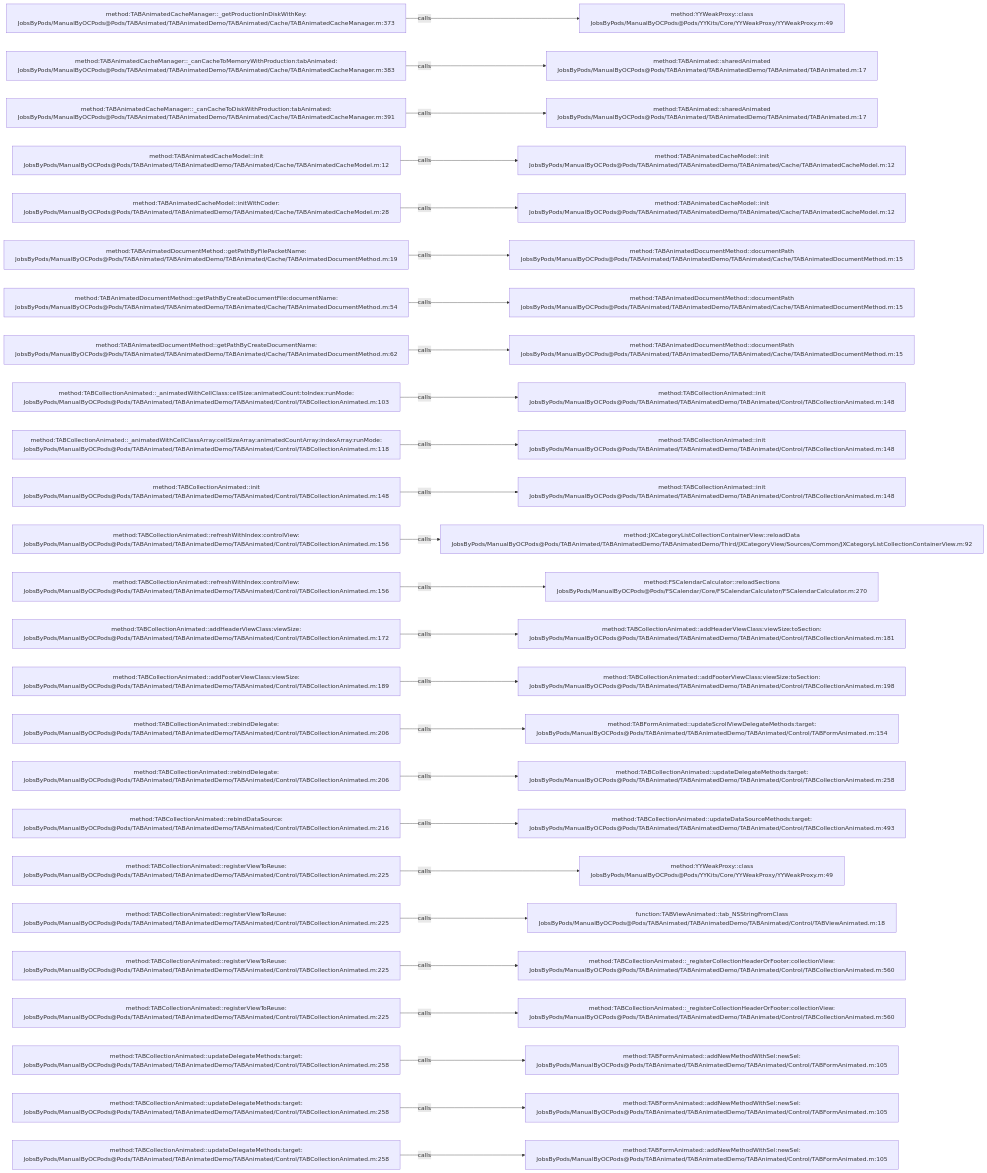
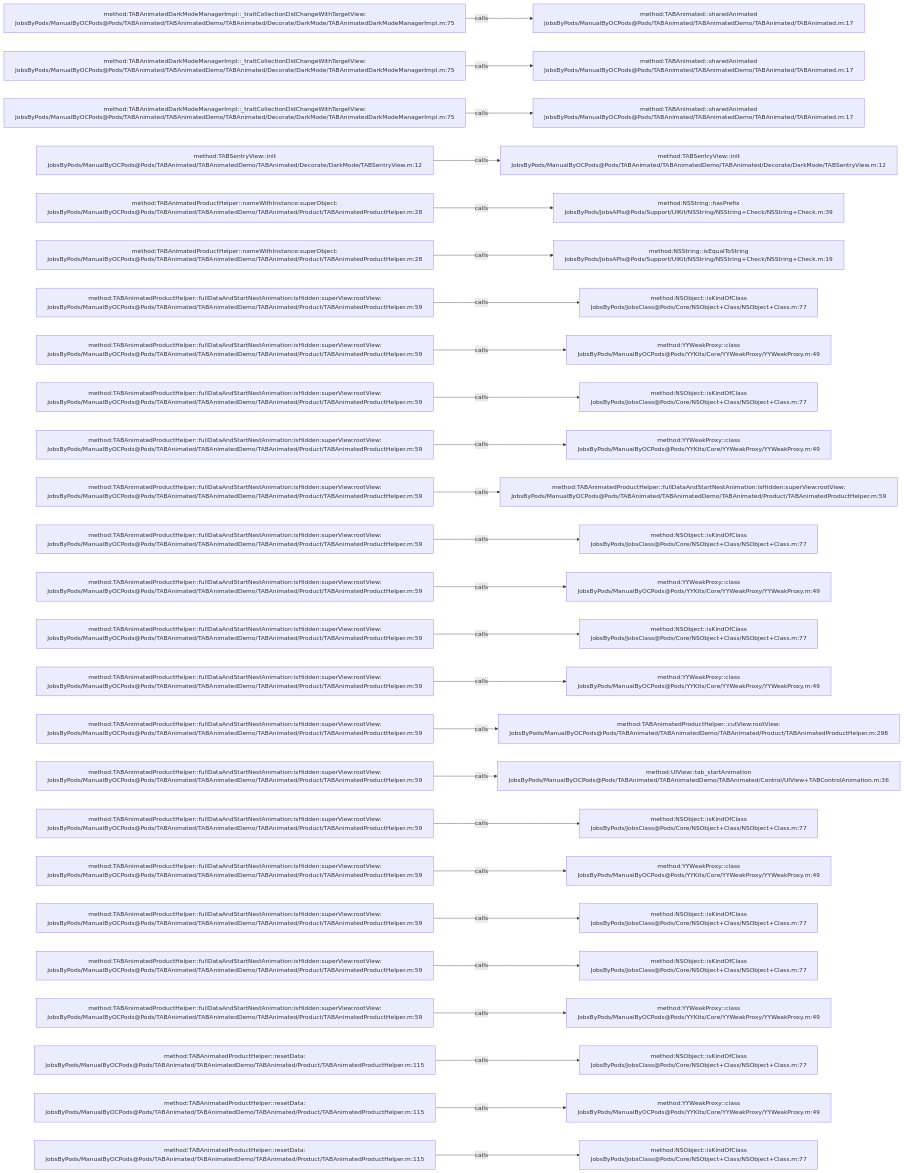
The diagram in .codegraph/codegraph.md/graphs/calls-196.md (JobsKits/JobsOCBaseConfigDemo), drawn with Mermaid before and after one commit. The commit also changed 639 other files, not shown here.

````diff
--- a/.codegraph/codegraph.md/graphs/calls-196.md
+++ b/.codegraph/codegraph.md/graphs/calls-196.md
@@ -13,78 +13,78 @@
 ```mermaid
 flowchart LR
-  S1["method:TABAnimatedCacheManager::_getProductionInDiskWithKey:<br/>JobsByPods/ManualByOCPods@Pods/TABAnimated/TABAnimatedDemo/TABAnimated/Cache/TABAnimatedCacheManager.m:373"]
-  T1["method:YYWeakProxy::class<br/>JobsByPods/ManualByOCPods@Pods/YYKits/Core/YYWeakProxy/YYWeakProxy.m:49"]
+  S1["method:TABAnimatedDarkModeManagerImpl::_traitCollectionDidChangeWithTargetView:<br/>JobsByPods/ManualByOCPods@Pods/TABAnimated/TABAnimatedDemo/TABAnimated/Decorate/DarkMode/TABAnimatedDarkModeManagerImpl.m:75"]
+  T1["method:TABAnimated::sharedAnimated<br/>JobsByPods/ManualByOCPods@Pods/TABAnimated/TABAnimatedDemo/TABAnimated/TABAnimated.m:17"]
   S1 -->|calls| T1
-  S2["method:TABAnimatedCacheManager::_canCacheToMemoryWithProduction:tabAnimated:<br/>JobsByPods/ManualByOCPods@Pods/TABAnimated/TABAnimatedDemo/TABAnimated/Cache/TABAnimatedCacheManager.m:383"]
+  S2["method:TABAnimatedDarkModeManagerImpl::_traitCollectionDidChangeWithTargetView:<br/>JobsByPods/ManualByOCPods@Pods/TABAnimated/TABAnimatedDemo/TABAnimated/Decorate/DarkMode/TABAnimatedDarkModeManagerImpl.m:75"]
   T2["method:TABAnimated::sharedAnimated<br/>JobsByPods/ManualByOCPods@Pods/TABAnimated/TABAnimatedDemo/TABAnimated/TABAnimated.m:17"]
   S2 -->|calls| T2
-  S3["method:TABAnimatedCacheManager::_canCacheToDiskWithProduction:tabAnimated:<br/>JobsByPods/ManualByOCPods@Pods/TABAnimated/TABAnimatedDemo/TABAnimated/Cache/TABAnimatedCacheManager.m:391"]
+  S3["method:TABAnimatedDarkModeManagerImpl::_traitCollectionDidChangeWithTargetView:<br/>JobsByPods/ManualByOCPods@Pods/TABAnimated/TABAnimatedDemo/TABAnimated/Decorate/DarkMode/TABAnimatedDarkModeManagerImpl.m:75"]
   T3["method:TABAnimated::sharedAnimated<br/>JobsByPods/ManualByOCPods@Pods/TABAnimated/TABAnimatedDemo/TABAnimated/TABAnimated.m:17"]
   S3 -->|calls| T3
-  S4["method:TABAnimatedCacheModel::init<br/>JobsByPods/ManualByOCPods@Pods/TABAnimated/TABAnimatedDemo/TABAnimated/Cache/TABAnimatedCacheModel.m:12"]
-  T4["method:TABAnimatedCacheModel::init<br/>JobsByPods/ManualByOCPods@Pods/TABAnimated/TABAnimatedDemo/TABAnimated/Cache/TABAnimatedCacheModel.m:12"]
+  S4["method:TABSentryView::init<br/>JobsByPods/ManualByOCPods@Pods/TABAnimated/TABAnimatedDemo/TABAnimated/Decorate/DarkMode/TABSentryView.m:12"]
+  T4["method:TABSentryView::init<br/>JobsByPods/ManualByOCPods@Pods/TABAnimated/TABAnimatedDemo/TABAnimated/Decorate/DarkMode/TABSentryView.m:12"]
   S4 -->|calls| T4
-  S5["method:TABAnimatedCacheModel::initWithCoder:<br/>JobsByPods/ManualByOCPods@Pods/TABAnimated/TABAnimatedDemo/TABAnimated/Cache/TABAnimatedCacheModel.m:28"]
-  T5["method:TABAnimatedCacheModel::init<br/>JobsByPods/ManualByOCPods@Pods/TABAnimated/TABAnimatedDemo/TABAnimated/Cache/TABAnimatedCacheModel.m:12"]
+  S5["method:TABAnimatedProductHelper::nameWithInstance:superObject:<br/>JobsByPods/ManualByOCPods@Pods/TABAnimated/TABAnimatedDemo/TABAnimated/Product/TABAnimatedProductHelper.m:28"]
+  T5["method:NSString::hasPrefix<br/>JobsByPods/JobsAPIs@Pods/Support/UIKit/NSString/NSString+Check/NSString+Check.m:39"]
   S5 -->|calls| T5
-  S6["method:TABAnimatedDocumentMethod::getPathByFilePacketName:<br/>JobsByPods/ManualByOCPods@Pods/TABAnimated/TABAnimatedDemo/TABAnimated/Cache/TABAnimatedDocumentMethod.m:19"]
-  T6["method:TABAnimatedDocumentMethod::documentPath<br/>JobsByPods/ManualByOCPods@Pods/TABAnimated/TABAnimatedDemo/TABAnimated/Cache/TABAnimatedDocumentMethod.m:15"]
+  S6["method:TABAnimatedProductHelper::nameWithInstance:superObject:<br/>JobsByPods/ManualByOCPods@Pods/TABAnimated/TABAnimatedDemo/TABAnimated/Product/TABAnimatedProductHelper.m:28"]
+  T6["method:NSString::isEqualToString<br/>JobsByPods/JobsAPIs@Pods/Support/UIKit/NSString/NSString+Check/NSString+Check.m:19"]
   S6 -->|calls| T6
-  S7["method:TABAnimatedDocumentMethod::getPathByCreateDocumentFile:documentName:<br/>JobsByPods/ManualByOCPods@Pods/TABAnimated/TABAnimatedDemo/TABAnimated/Cache/TABAnimatedDocumentMethod.m:54"]
-  T7["method:TABAnimatedDocumentMethod::documentPath<br/>JobsByPods/ManualByOCPods@Pods/TABAnimated/TABAnimatedDemo/TABAnimated/Cache/TABAnimatedDocumentMethod.m:15"]
+  S7["method:TABAnimatedProductHelper::fullDataAndStartNestAnimation:isHidden:superView:rootView:<br/>JobsByPods/ManualByOCPods@Pods/TABAnimated/TABAnimatedDemo/TABAnimated/Product/TABAnimatedProductHelper.m:59"]
+  T7["method:NSObject::isKindOfClass<br/>JobsByPods/JobsClass@Pods/Core/NSObject+Class/NSObject+Class.m:77"]
   S7 -->|calls| T7
-  S8["method:TABAnimatedDocumentMethod::getPathByCreateDocumentName:<br/>JobsByPods/ManualByOCPods@Pods/TABAnimated/TABAnimatedDemo/TABAnimated/Cache/TABAnimatedDocumentMethod.m:62"]
-  T8["method:TABAnimatedDocumentMethod::documentPath<br/>JobsByPods/ManualByOCPods@Pods/TABAnimated/TABAnimatedDemo/TABAnimated/Cache/TABAnimatedDocumentMethod.m:15"]
+  S8["method:TABAnimatedProductHelper::fullDataAndStartNestAnimation:isHidden:superView:rootView:<br/>JobsByPods/ManualByOCPods@Pods/TABAnimated/TABAnimatedDemo/TABAnimated/Product/TABAnimatedProductHelper.m:59"]
+  T8["method:YYWeakProxy::class<br/>JobsByPods/ManualByOCPods@Pods/YYKits/Core/YYWeakProxy/YYWeakProxy.m:49"]
   S8 -->|calls| T8
-  S9["method:TABCollectionAnimated::_animatedWithCellClass:cellSize:animatedCount:toIndex:runMode:<br/>JobsByPods/ManualByOCPods@Pods/TABAnimated/TABAnimatedDemo/TABAnimated/Control/TABCollectionAnimated.m:103"]
-  T9["method:TABCollectionAnimated::init<br/>JobsByPods/ManualByOCPods@Pods/TABAnimated/TABAnimatedDemo/TABAnimated/Control/TABCollectionAnimated.m:148"]
+  S9["method:TABAnimatedProductHelper::fullDataAndStartNestAnimation:isHidden:superView:rootView:<br/>JobsByPods/ManualByOCPods@Pods/TABAnimated/TABAnimatedDemo/TABAnimated/Product/TABAnimatedProductHelper.m:59"]
+  T9["method:NSObject::isKindOfClass<br/>JobsByPods/JobsClass@Pods/Core/NSObject+Class/NSObject+Class.m:77"]
   S9 -->|calls| T9
-  S10["method:TABCollectionAnimated::_animatedWithCellClassArray:cellSizeArray:animatedCountArray:indexArray:runMode:<br/>JobsByPods/ManualByOCPods@Pods/TABAnimated/TABAnimatedDemo/TABAnimated/Control/TABCollectionAnimated.m:118"]
-  T10["method:TABCollectionAnimated::init<br/>JobsByPods/ManualByOCPods@Pods/TABAnimated/TABAnimatedDemo/TABAnimated/Control/TABCollectionAnimated.m:148"]
+  S10["method:TABAnimatedProductHelper::fullDataAndStartNestAnimation:isHidden:superView:rootView:<br/>JobsByPods/ManualByOCPods@Pods/TABAnimated/TABAnimatedDemo/TABAnimated/Product/TABAnimatedProductHelper.m:59"]
+  T10["method:YYWeakProxy::class<br/>JobsByPods/ManualByOCPods@Pods/YYKits/Core/YYWeakProxy/YYWeakProxy.m:49"]
   S10 -->|calls| T10
-  S11["method:TABCollectionAnimated::init<br/>JobsByPods/ManualByOCPods@Pods/TABAnimated/TABAnimatedDemo/TABAnimated/Control/TABCollectionAnimated.m:148"]
-  T11["method:TABCollectionAnimated::init<br/>JobsByPods/ManualByOCPods@Pods/TABAnimated/TABAnimatedDemo/TABAnimated/Control/TABCollectionAnimated.m:148"]
+  S11["method:TABAnimatedProductHelper::fullDataAndStartNestAnimation:isHidden:superView:rootView:<br/>JobsByPods/ManualByOCPods@Pods/TABAnimated/TABAnimatedDemo/TABAnimated/Product/TABAnimatedProductHelper.m:59"]
+  T11["method:TABAnimatedProductHelper::fullDataAndStartNestAnimation:isHidden:superView:rootView:<br/>JobsByPods/ManualByOCPods@Pods/TABAnimated/TABAnimatedDemo/TABAnimated/Product/TABAnimatedProductHelper.m:59"]
   S11 -->|calls| T11
-  S12["method:TABCollectionAnimated::refreshWithIndex:controlView:<br/>JobsByPods/ManualByOCPods@Pods/TABAnimated/TABAnimatedDemo/TABAnimated/Control/TABCollectionAnimated.m:156"]
-  T12["method:JXCategoryListCollectionContainerView::reloadData<br/>JobsByPods/ManualByOCPods@Pods/TABAnimated/TABAnimatedDemo/TABAnimatedDemo/Third/JXCategoryView/Sources/Common/JXCategoryListCollectionContainerView.m:92"]
+  S12["method:TABAnimatedProductHelper::fullDataAndStartNestAnimation:isHidden:superView:rootView:<br/>JobsByPods/ManualByOCPods@Pods/TABAnimated/TABAnimatedDemo/TABAnimated/Product/TABAnimatedProductHelper.m:59"]
+  T12["method:NSObject::isKindOfClass<br/>JobsByPods/JobsClass@Pods/Core/NSObject+Class/NSObject+Class.m:77"]
   S12 -->|calls| T12
-  S13["method:TABCollectionAnimated::refreshWithIndex:controlView:<br/>JobsByPods/ManualByOCPods@Pods/TABAnimated/TABAnimatedDemo/TABAnimated/Control/TABCollectionAnimated.m:156"]
-  T13["method:FSCalendarCalculator::reloadSections<br/>JobsByPods/ManualByOCPods@Pods/FSCalendar/Core/FSCalendarCalculator/FSCalendarCalculator.m:270"]
+  S13["method:TABAnimatedProductHelper::fullDataAndStartNestAnimation:isHidden:superView:rootView:<br/>JobsByPods/ManualByOCPods@Pods/TABAnimated/TABAnimatedDemo/TABAnimated/Product/TABAnimatedProductHelper.m:59"]
+  T13["method:YYWeakProxy::class<br/>JobsByPods/ManualByOCPods@Pods/YYKits/Core/YYWeakProxy/YYWeakProxy.m:49"]
   S13 -->|calls| T13
-  S14["method:TABCollectionAnimated::addHeaderViewClass:viewSize:<br/>JobsByPods/ManualByOCPods@Pods/TABAnimated/TABAnimatedDemo/TABAnimated/Control/TABCollectionAnimated.m:172"]
-  T14["method:TABCollectionAnimated::addHeaderViewClass:viewSize:toSection:<br/>JobsByPods/ManualByOCPods@Pods/TABAnimated/TABAnimatedDemo/TABAnimated/Control/TABCollectionAnimated.m:181"]
+  S14["method:TABAnimatedProductHelper::fullDataAndStartNestAnimation:isHidden:superView:rootView:<br/>JobsByPods/ManualByOCPods@Pods/TABAnimated/TABAnimatedDemo/TABAnimated/Product/TABAnimatedProductHelper.m:59"]
+  T14["method:NSObject::isKindOfClass<br/>JobsByPods/JobsClass@Pods/Core/NSObject+Class/NSObject+Class.m:77"]
   S14 -->|calls| T14
-  S15["method:TABCollectionAnimated::addFooterViewClass:viewSize:<br/>JobsByPods/ManualByOCPods@Pods/TABAnimated/TABAnimatedDemo/TABAnimated/Control/TABCollectionAnimated.m:189"]
-  T15["method:TABCollectionAnimated::addFooterViewClass:viewSize:toSection:<br/>JobsByPods/ManualByOCPods@Pods/TABAnimated/TABAnimatedDemo/TABAnimated/Control/TABCollectionAnimated.m:198"]
+  S15["method:TABAnimatedProductHelper::fullDataAndStartNestAnimation:isHidden:superView:rootView:<br/>JobsByPods/ManualByOCPods@Pods/TABAnimated/TABAnimatedDemo/TABAnimated/Product/TABAnimatedProductHelper.m:59"]
+  T15["method:YYWeakProxy::class<br/>JobsByPods/ManualByOCPods@Pods/YYKits/Core/YYWeakProxy/YYWeakProxy.m:49"]
   S15 -->|calls| T15
-  S16["method:TABCollectionAnimated::rebindDelegate:<br/>JobsByPods/ManualByOCPods@Pods/TABAnimated/TABAnimatedDemo/TABAnimated/Control/TABCollectionAnimated.m:206"]
-  T16["method:TABFormAnimated::updateScrollViewDelegateMethods:target:<br/>JobsByPods/ManualByOCPods@Pods/TABAnimated/TABAnimatedDemo/TABAnimated/Control/TABFormAnimated.m:154"]
+  S16["method:TABAnimatedProductHelper::fullDataAndStartNestAnimation:isHidden:superView:rootView:<br/>JobsByPods/ManualByOCPods@Pods/TABAnimated/TABAnimatedDemo/TABAnimated/Product/TABAnimatedProductHelper.m:59"]
+  T16["method:TABAnimatedProductHelper::cutView:rootView:<br/>JobsByPods/ManualByOCPods@Pods/TABAnimated/TABAnimatedDemo/TABAnimated/Product/TABAnimatedProductHelper.m:298"]
   S16 -->|calls| T16
-  S17["method:TABCollectionAnimated::rebindDelegate:<br/>JobsByPods/ManualByOCPods@Pods/TABAnimated/TABAnimatedDemo/TABAnimated/Control/TABCollectionAnimated.m:206"]
-  T17["method:TABCollectionAnimated::updateDelegateMethods:target:<br/>JobsByPods/ManualByOCPods@Pods/TABAnimated/TABAnimatedDemo/TABAnimated/Control/TABCollectionAnimated.m:258"]
+  S17["method:TABAnimatedProductHelper::fullDataAndStartNestAnimation:isHidden:superView:rootView:<br/>JobsByPods/ManualByOCPods@Pods/TABAnimated/TABAnimatedDemo/TABAnimated/Product/TABAnimatedProductHelper.m:59"]
+  T17["method:UIView::tab_startAnimation<br/>JobsByPods/ManualByOCPods@Pods/TABAnimated/TABAnimatedDemo/TABAnimated/Control/UIView+TABControlAnimation.m:36"]
   S17 -->|calls| T17
-  S18["method:TABCollectionAnimated::rebindDataSource:<br/>JobsByPods/ManualByOCPods@Pods/TABAnimated/TABAnimatedDemo/TABAnimated/Control/TABCollectionAnimated.m:216"]
-  T18["method:TABCollectionAnimated::updateDataSourceMethods:target:<br/>JobsByPods/ManualByOCPods@Pods/TABAnimated/TABAnimatedDemo/TABAnimated/Control/TABCollectionAnimated.m:493"]
+  S18["method:TABAnimatedProductHelper::fullDataAndStartNestAnimation:isHidden:superView:rootView:<br/>JobsByPods/ManualByOCPods@Pods/TABAnimated/TABAnimatedDemo/TABAnimated/Product/TABAnimatedProductHelper.m:59"]
+  T18["method:NSObject::isKindOfClass<br/>JobsByPods/JobsClass@Pods/Core/NSObject+Class/NSObject+Class.m:77"]
   S18 -->|calls| T18
-  S19["method:TABCollectionAnimated::registerViewToReuse:<br/>JobsByPods/ManualByOCPods@Pods/TABAnimated/TABAnimatedDemo/TABAnimated/Control/TABCollectionAnimated.m:225"]
+  S19["method:TABAnimatedProductHelper::fullDataAndStartNestAnimation:isHidden:superView:rootView:<br/>JobsByPods/ManualByOCPods@Pods/TABAnimated/TABAnimatedDemo/TABAnimated/Product/TABAnimatedProductHelper.m:59"]
   T19["method:YYWeakProxy::class<br/>JobsByPods/ManualByOCPods@Pods/YYKits/Core/YYWeakProxy/YYWeakProxy.m:49"]
   S19 -->|calls| T19
-  S20["method:TABCollectionAnimated::registerViewToReuse:<br/>JobsByPods/ManualByOCPods@Pods/TABAnimated/TABAnimatedDemo/TABAnimated/Control/TABCollectionAnimated.m:225"]
-  T20["function:TABViewAnimated::tab_NSStringFromClass<br/>JobsByPods/ManualByOCPods@Pods/TABAnimated/TABAnimatedDemo/TABAnimated/Control/TABViewAnimated.m:18"]
+  S20["method:TABAnimatedProductHelper::fullDataAndStartNestAnimation:isHidden:superView:rootView:<br/>JobsByPods/ManualByOCPods@Pods/TABAnimated/TABAnimatedDemo/TABAnimated/Product/TABAnimatedProductHelper.m:59"]
+  T20["method:NSObject::isKindOfClass<br/>JobsByPods/JobsClass@Pods/Core/NSObject+Class/NSObject+Class.m:77"]
   S20 -->|calls| T20
-  S21["method:TABCollectionAnimated::registerViewToReuse:<br/>JobsByPods/ManualByOCPods@Pods/TABAnimated/TABAnimatedDemo/TABAnimated/Control/TABCollectionAnimated.m:225"]
-  T21["method:TABCollectionAnimated::_registerCollectionHeaderOrFooter:collectionView:<br/>JobsByPods/ManualByOCPods@Pods/TABAnimated/TABAnimatedDemo/TABAnimated/Control/TABCollectionAnimated.m:560"]
+  S21["method:TABAnimatedProductHelper::fullDataAndStartNestAnimation:isHidden:superView:rootView:<br/>JobsByPods/ManualByOCPods@Pods/TABAnimated/TABAnimatedDemo/TABAnimated/Product/TABAnimatedProductHelper.m:59"]
+  T21["method:NSObject::isKindOfClass<br/>JobsByPods/JobsClass@Pods/Core/NSObject+Class/NSObject+Class.m:77"]
   S21 -->|calls| T21
-  S22["method:TABCollectionAnimated::registerViewToReuse:<br/>JobsByPods/ManualByOCPods@Pods/TABAnimated/TABAnimatedDemo/TABAnimated/Control/TABCollectionAnimated.m:225"]
-  T22["method:TABCollectionAnimated::_registerCollectionHeaderOrFooter:collectionView:<br/>JobsByPods/ManualByOCPods@Pods/TABAnimated/TABAnimatedDemo/TABAnimated/Control/TABCollectionAnimated.m:560"]
+  S22["method:TABAnimatedProductHelper::fullDataAndStartNestAnimation:isHidden:superView:rootView:<br/>JobsByPods/ManualByOCPods@Pods/TABAnimated/TABAnimatedDemo/TABAnimated/Product/TABAnimatedProductHelper.m:59"]
+  T22["method:YYWeakProxy::class<br/>JobsByPods/ManualByOCPods@Pods/YYKits/Core/YYWeakProxy/YYWeakProxy.m:49"]
   S22 -->|calls| T22
-  S23["method:TABCollectionAnimated::updateDelegateMethods:target:<br/>JobsByPods/ManualByOCPods@Pods/TABAnimated/TABAnimatedDemo/TABAnimated/Control/TABCollectionAnimated.m:258"]
-  T23["method:TABFormAnimated::addNewMethodWithSel:newSel:<br/>JobsByPods/ManualByOCPods@Pods/TABAnimated/TABAnimatedDemo/TABAnimated/Control/TABFormAnimated.m:105"]
+  S23["method:TABAnimatedProductHelper::resetData:<br/>JobsByPods/ManualByOCPods@Pods/TABAnimated/TABAnimatedDemo/TABAnimated/Product/TABAnimatedProductHelper.m:115"]
+  T23["method:NSObject::isKindOfClass<br/>JobsByPods/JobsClass@Pods/Core/NSObject+Class/NSObject+Class.m:77"]
   S23 -->|calls| T23
-  S24["method:TABCollectionAnimated::updateDelegateMethods:target:<br/>JobsByPods/ManualByOCPods@Pods/TABAnimated/TABAnimatedDemo/TABAnimated/Control/TABCollectionAnimated.m:258"]
-  T24["method:TABFormAnimated::addNewMethodWithSel:newSel:<br/>JobsByPods/ManualByOCPods@Pods/TABAnimated/TABAnimatedDemo/TABAnimated/Control/TABFormAnimated.m:105"]
+  S24["method:TABAnimatedProductHelper::resetData:<br/>JobsByPods/ManualByOCPods@Pods/TABAnimated/TABAnimatedDemo/TABAnimated/Product/TABAnimatedProductHelper.m:115"]
+  T24["method:YYWeakProxy::class<br/>JobsByPods/ManualByOCPods@Pods/YYKits/Core/YYWeakProxy/YYWeakProxy.m:49"]
   S24 -->|calls| T24
-  S25["method:TABCollectionAnimated::updateDelegateMethods:target:<br/>JobsByPods/ManualByOCPods@Pods/TABAnimated/TABAnimatedDemo/TABAnimated/Control/TABCollectionAnimated.m:258"]
-  T25["method:TABFormAnimated::addNewMethodWithSel:newSel:<br/>JobsByPods/ManualByOCPods@Pods/TABAnimated/TABAnimatedDemo/TABAnimated/Control/TABFormAnimated.m:105"]
+  S25["method:TABAnimatedProductHelper::resetData:<br/>JobsByPods/ManualByOCPods@Pods/TABAnimated/TABAnimatedDemo/TABAnimated/Product/TABAnimatedProductHelper.m:115"]
+  T25["method:NSObject::isKindOfClass<br/>JobsByPods/JobsClass@Pods/Core/NSObject+Class/NSObject+Class.m:77"]
   S25 -->|calls| T25
 ```
````
